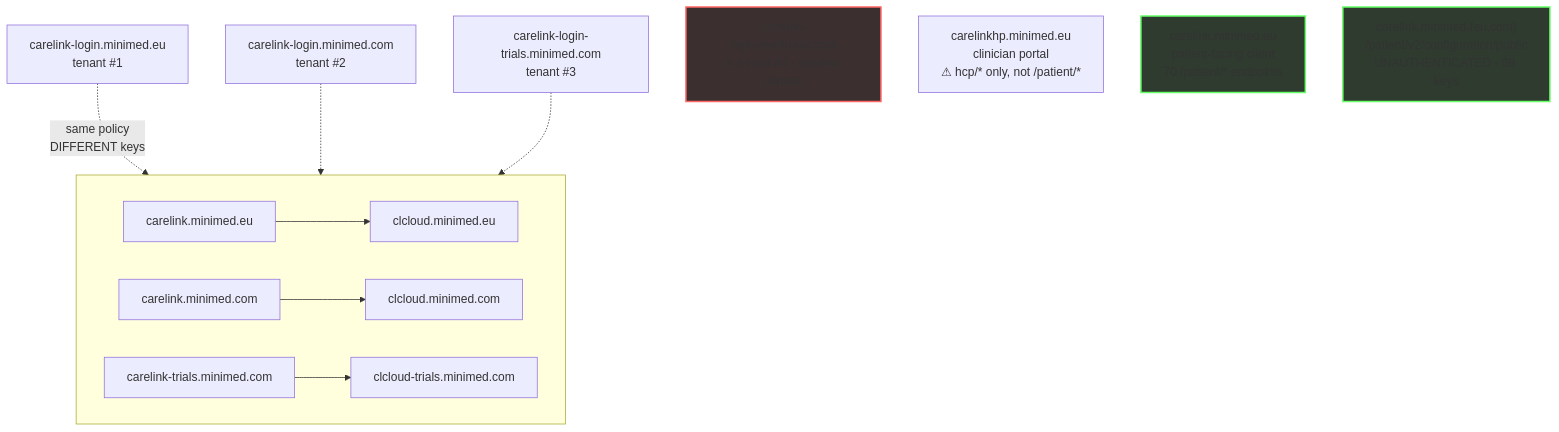
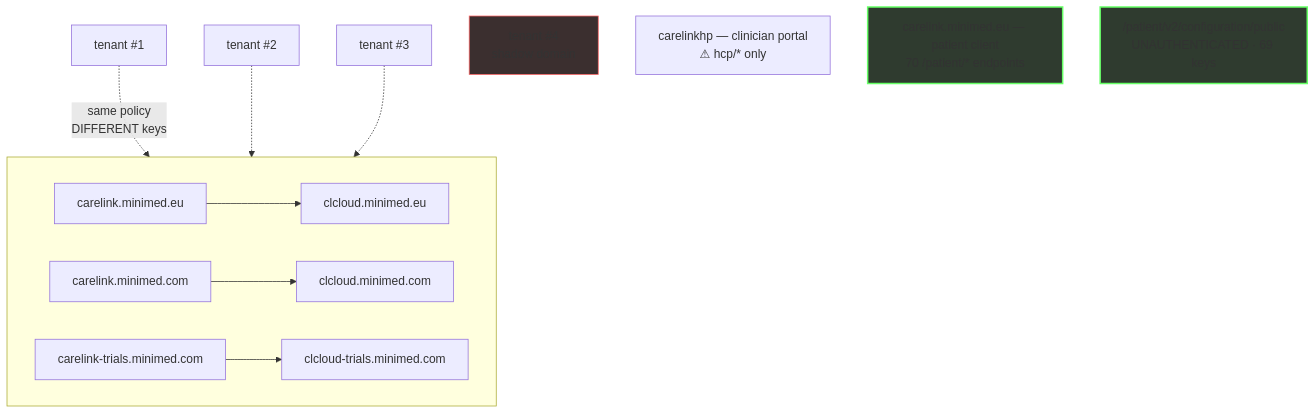
The third of 3 diagrams in README.md (NovaLux12/carelink-api-research), drawn with Mermaid before and after one commit. The commit also changed other lines of this file, not shown here.

````diff
--- a/README.md
+++ b/README.md
@@ -138,19 +77,19 @@
 ```mermaid
 flowchart TB
-    subgraph P[" "]
+    subgraph E[" "]
         direction LR
-        E1["carelink.minimed.eu"] --> E2["clcloud.minimed.eu"]
-        U1["carelink.minimed.com"] --> U2["clcloud.minimed.com"]
-        T1["carelink-trials.minimed.com"] --> T2["clcloud-trials.minimed.com"]
+        e1["carelink.minimed.eu"] --> e2["clcloud.minimed.eu"]
+        u1["carelink.minimed.com"] --> u2["clcloud.minimed.com"]
+        t1["carelink-trials.minimed.com"] --> t2["clcloud-trials.minimed.com"]
     end
-    A1["carelink-login.minimed.eu<br/>tenant #1"] -. "same policy<br/>DIFFERENT keys" .-> E1
-    A2["carelink-login.minimed.com<br/>tenant #2"] -.-> U1
-    A3["carelink-login-trials.minimed.com<br/>tenant #3"] -.-> T1
-    S["carelink-login.medtronic.com<br/>⚠ tenant #4 · shadow domain"]
-    G["carelinkhp.minimed.eu<br/>clinician portal<br/>⚠ hcp/* only, not /patient/*"]
-    P2["carelink.minimed.eu<br/>patient-facing client<br/>70 /patient/* endpoints"]
-    CFG["carelink.minimed.{eu,com}<br/>/patient/v2/configuration/public<br/>UNAUTHENTICATED · 69 keys"]
-    style S fill:#3b2f2f,stroke:#f66,stroke-width:2px
-    style CFG fill:#2f3b2f,stroke:#6f6,stroke-width:2px
-    style P2 fill:#2f3b2f,stroke:#6f6,stroke-width:2px
+    a1["tenant #1"] -. "same policy<br/>DIFFERENT keys" .-> e1
+    a2["tenant #2"] -.-> u1
+    a3["tenant #3"] -.-> t1
+    s["tenant #4<br/>shadow domain"]
+    g["carelinkhp — clinician portal<br/>⚠ hcp/* only"]
+    p["carelink.minimed.eu — patient client<br/>70 /patient/* endpoints"]
+    cfg["/patient/v2/configuration/public<br/>UNAUTHENTICATED · 69 keys"]
+    style s fill:#3b2f2f,stroke:#f66
+    style cfg fill:#2f3b2f,stroke:#6f6,stroke-width:2px
+    style p fill:#2f3b2f,stroke:#6f6,stroke-width:2px
 ```
````
